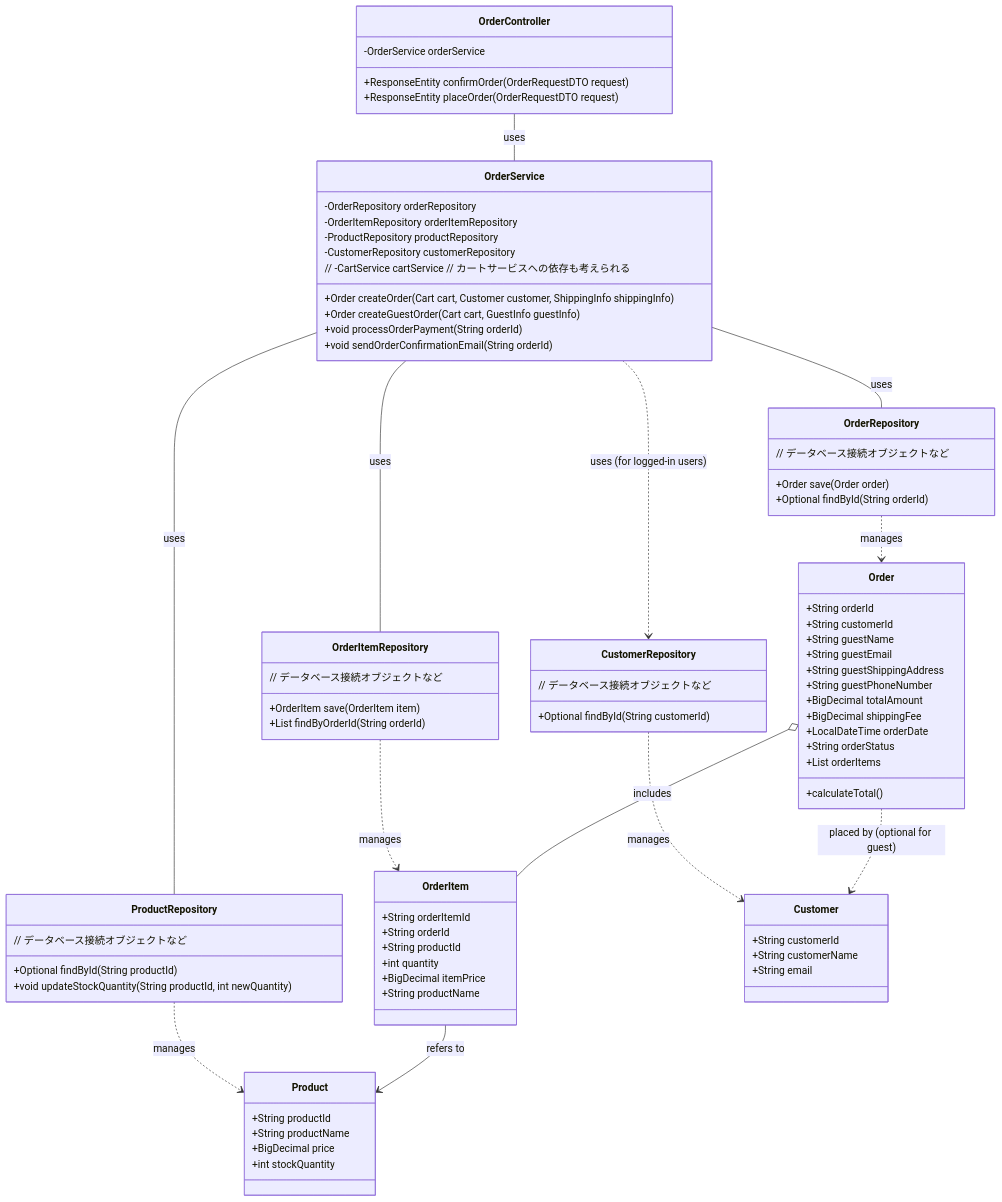
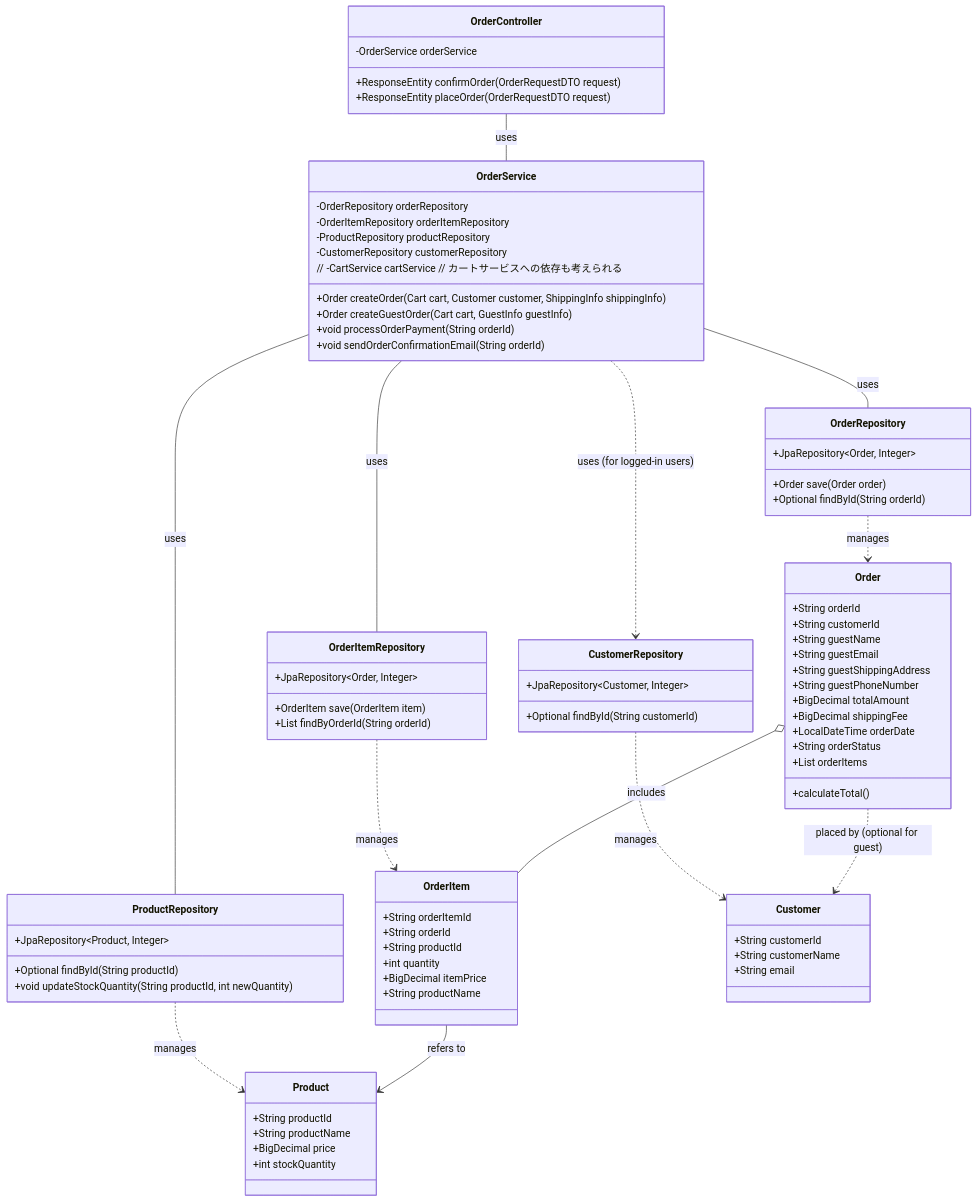
One commit to ainaga09/ACE changed the second of 4 diagrams in 基本設計/はじめに.md. Above: the diagram before and after it, drawn with Mermaid. The commit also changed other lines of this file, not shown here.

```diff
--- a/基本設計/はじめに.md
+++ b/基本設計/はじめに.md
@@ -115,22 +115,22 @@
         +void sendOrderConfirmationEmail(String orderId)
     }
     class OrderRepository {
-        // データベース接続オブジェクトなど
+        +JpaRepository~Order, Integer~
         +Order save(Order order)
         +Optional<Order> findById(String orderId)
     }
     class OrderItemRepository {
-        // データベース接続オブジェクトなど
+        +JpaRepository~Order, Integer~
         +OrderItem save(OrderItem item)
         +List<OrderItem> findByOrderId(String orderId)
     }
     class ProductRepository {
-        // データベース接続オブジェクトなど
+        +JpaRepository~Product, Integer~
         +Optional<Product> findById(String productId)
         +void updateStockQuantity(String productId, int newQuantity)
     }
     class CustomerRepository {
-        // データベース接続オブジェクトなど
+        +JpaRepository~Customer, Integer~
         +Optional<Customer> findById(String customerId)
     }
     class Order {
```
